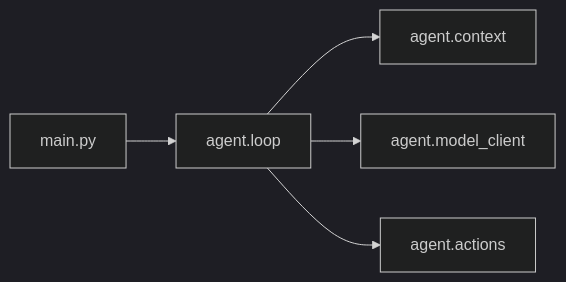
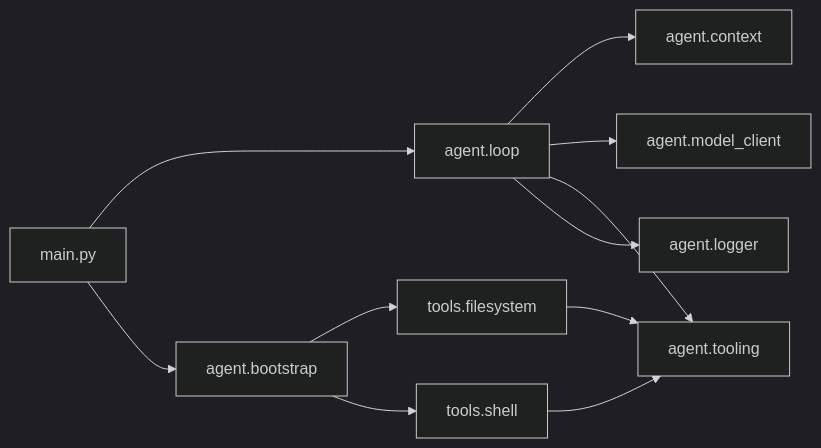
The third of 3 diagrams in 开发文档/05_Harness架构图.md (Konoha-Kai/nju_coding_agent), drawn with Mermaid (dark theme) before and after one commit. The commit also changed other lines of this file and 4 other files, not shown here.

````diff
--- a/开发文档/05_Harness架构图.md
+++ b/开发文档/05_Harness架构图.md
@@ -62,7 +70,13 @@
 ```mermaid
 graph LR
     main[main.py] --> loop[agent.loop]
+    main --> bootstrap[agent.bootstrap]
+    bootstrap --> filesystem[tools.filesystem]
+    bootstrap --> shell[tools.shell]
     loop --> context[agent.context]
     loop --> model[agent.model_client]
-    loop --> actions[agent.actions]
+    loop --> tooling[agent.tooling]
+    loop --> logger[agent.logger]
+    filesystem --> tooling
+    shell --> tooling
 ```
````
